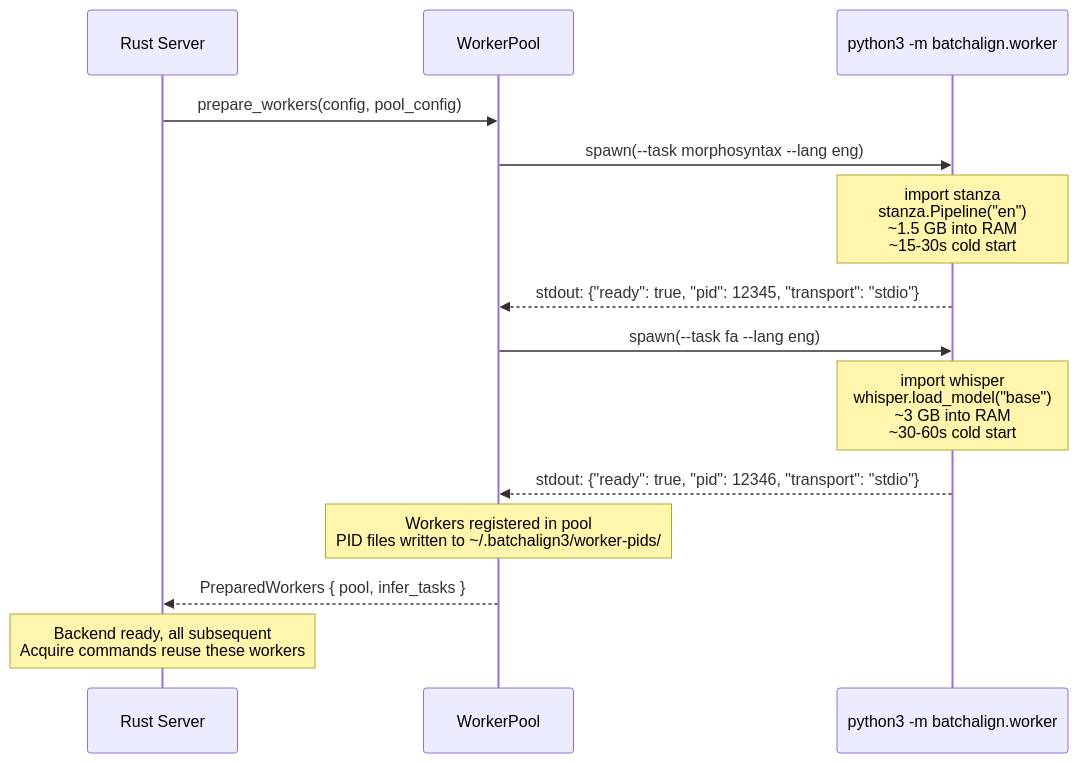
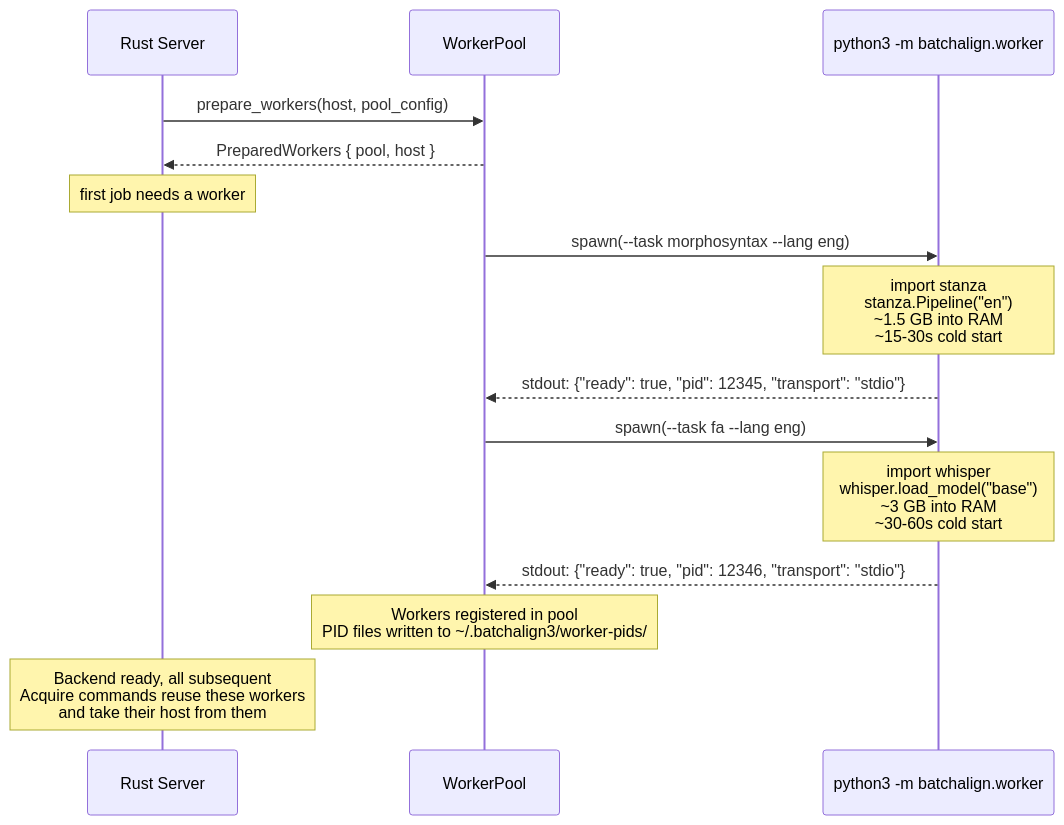
The third of 5 diagrams in book/src/batchalign/architecture/test-server-lifecycle.md (FranklinChen/talkbank-tools), drawn with Mermaid before and after one commit. The commit also changed other lines of this file and 175 other files, not shown here.

````diff
--- a/book/src/batchalign/architecture/test-server-lifecycle.md
+++ b/book/src/batchalign/architecture/test-server-lifecycle.md
@@ -157,23 +163,24 @@
 ```mermaid
 sequenceDiagram
     participant RS as Rust Server
     participant WP as WorkerPool
     participant PY as python3 -m batchalign.worker
 
-    RS->>WP: prepare_workers(config, pool_config)
+    RS->>WP: prepare_workers(host, pool_config)
+    WP-->>RS: PreparedWorkers { pool, host }
+    Note over RS: first job needs a worker
 
     WP->>PY: spawn(--task morphosyntax --lang eng)
     Note over PY: import stanza<br/>stanza.Pipeline("en")<br/>~1.5 GB into RAM<br/>~15-30s cold start
 
     PY-->>WP: stdout: {"ready": true, "pid": 12345, "transport": "stdio"}
 
     WP->>PY: spawn(--task fa --lang eng)
     Note over PY: import whisper<br/>whisper.load_model("base")<br/>~3 GB into RAM<br/>~30-60s cold start
 
     PY-->>WP: stdout: {"ready": true, "pid": 12346, "transport": "stdio"}
 
     Note over WP: Workers registered in pool<br/>PID files written to ~/.batchalign3/worker-pids/
 
-    WP-->>RS: PreparedWorkers { pool, infer_tasks }
-    Note over RS: Backend ready, all subsequent<br/>Acquire commands reuse these workers
+    Note over RS: Backend ready, all subsequent<br/>Acquire commands reuse these workers<br/>and take their host from them
 ```
````
